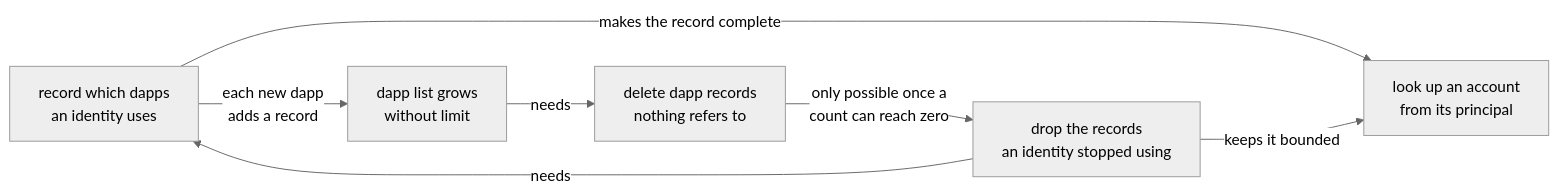
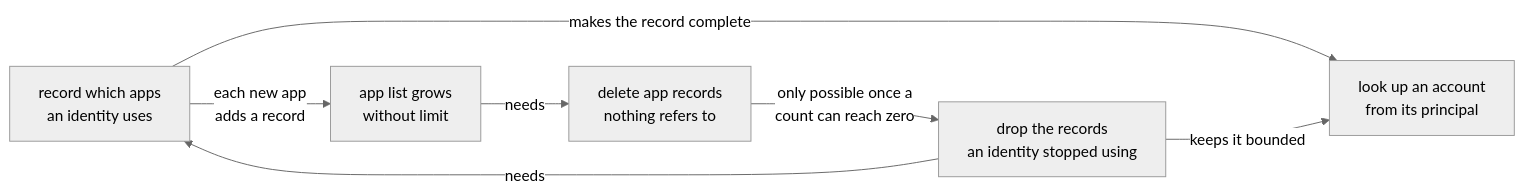
One commit to dfinity/internet-identity changed the second of 2 diagrams in docs/ongoing/tracked-default-accounts.md. Above: the diagram before and after it, drawn with Mermaid (neutral theme). The commit also changed other lines of this file and 1 other file, not shown here.

First line of the commit message:
docs: say apps and identities

````diff
--- a/docs/ongoing/tracked-default-accounts.md
+++ b/docs/ongoing/tracked-default-accounts.md
@@ -55,9 +55,9 @@
 ```mermaid
 flowchart LR
-    T["record which dapps<br/>an identity uses"] -->|"each new dapp<br/>adds a record"| G["dapp list grows<br/>without limit"]
-    G -->|"needs"| R["delete dapp records<br/>nothing refers to"]
+    T["record which apps<br/>an identity uses"] -->|"each new app<br/>adds a record"| G["app list grows<br/>without limit"]
+    G -->|"needs"| R["delete app records<br/>nothing refers to"]
     R -->|"only possible once a<br/>count can reach zero"| E["drop the records<br/>an identity stopped using"]
     E -->|"needs"| T
     T -->|"makes the record complete"| I["look up an account<br/>from its principal"]
     E -->|"keeps it bounded"| I
 ```
````
